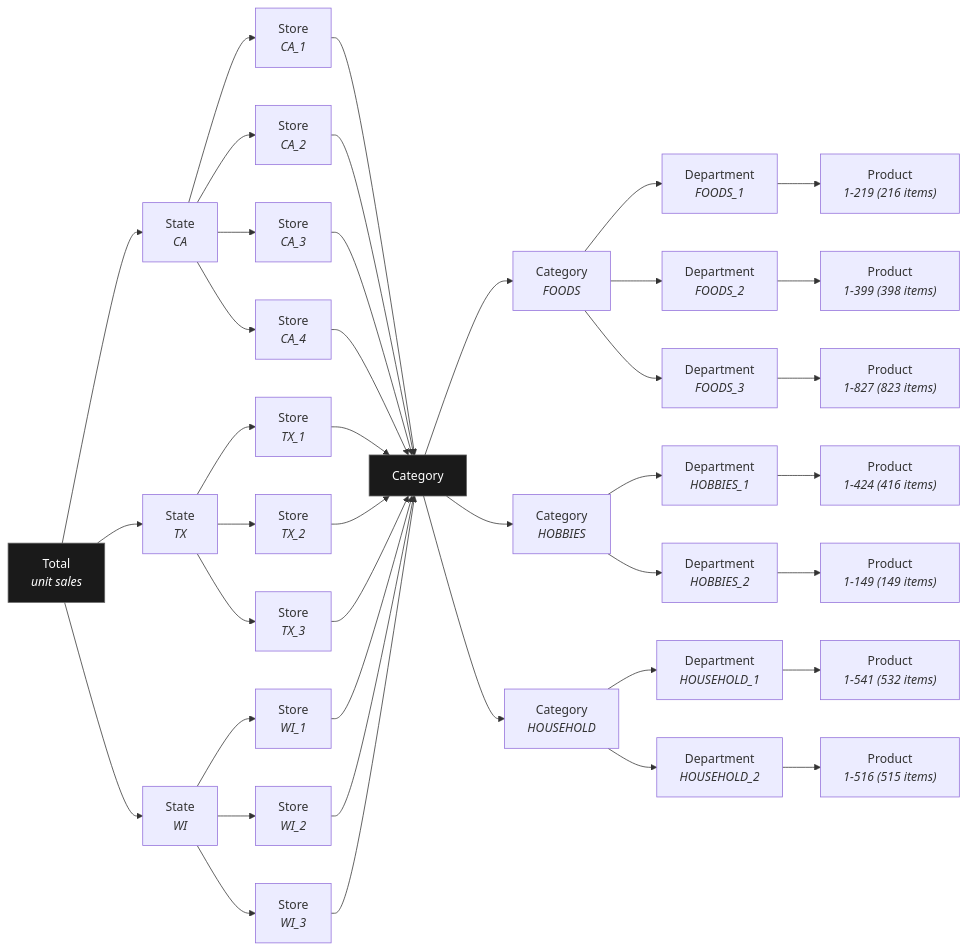
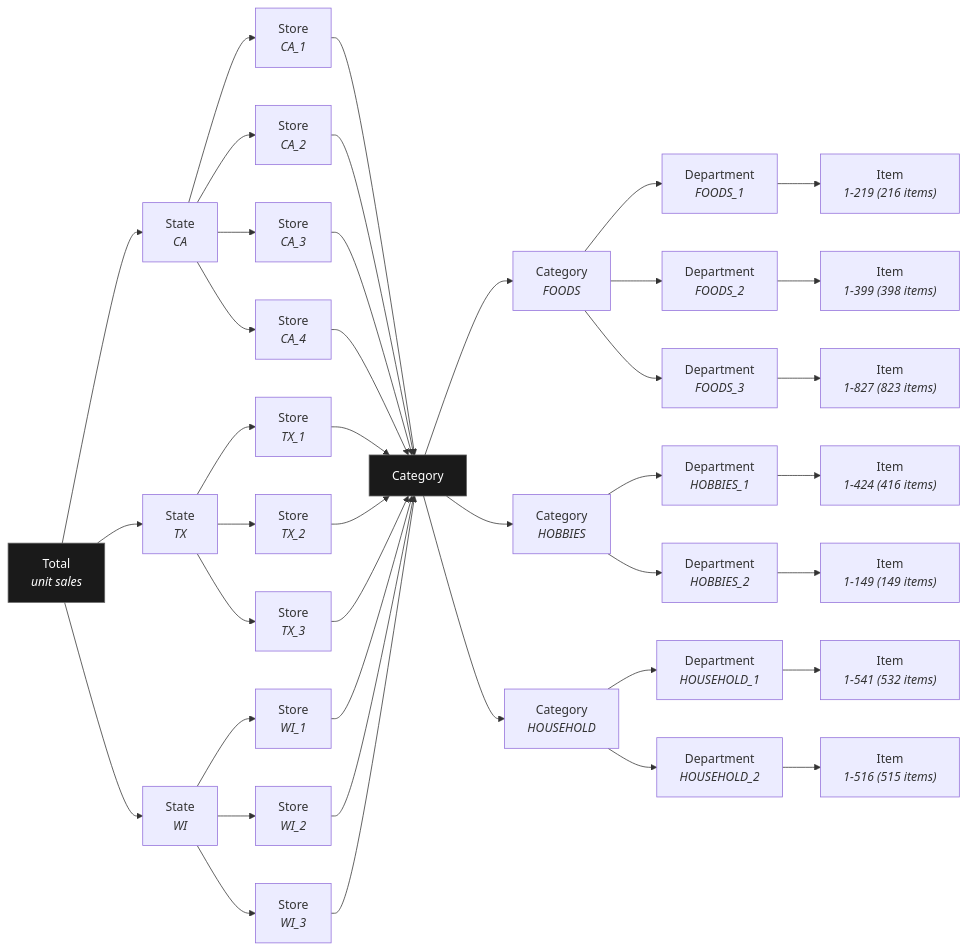
The diagram in docs/M5_jerarquia.mmd (njimenez94/forecast-tfm), drawn with Mermaid before and after one commit. The commit also changed 11 other files, not shown here.

```diff
--- a/docs/M5_jerarquia.mmd
+++ b/docs/M5_jerarquia.mmd
@@ -1,29 +1,29 @@
 flowchart LR
     Total["Total<br><i>unit sales</i>"] --> CA["State<br><i>CA</i>"] & TX["State<br><i>TX</i>"] & WI["State<br><i>WI</i>"]
     CA --> CA1["Store<br><i>CA_1</i>"] & CA2["Store<br><i>CA_2</i>"] & CA3["Store<br><i>CA_3</i>"] & CA4["Store<br><i>CA_4</i>"]
     TX --> TX1["Store<br><i>TX_1</i>"] & TX2["Store<br><i>TX_2</i>"] & TX3["Store<br><i>TX_3</i>"]
     WI --> WI1["Store<br><i>WI_1</i>"] & WI2["Store<br><i>WI_2</i>"] & WI3["Store<br><i>WI_3</i>"]
     CA1 --> Cat["Category"]
     CA2 --> Cat
     CA3 --> Cat
     CA4 --> Cat
     TX1 --> Cat
     TX2 --> Cat
     TX3 --> Cat
     WI1 --> Cat
     WI2 --> Cat
     WI3 --> Cat
     Cat --> FOODS["Category<br><i>FOODS</i>"] & HOBBIES["Category<br><i>HOBBIES</i>"] & HOUSEHOLD["Category<br><i>HOUSEHOLD</i>"]
     FOODS --> F1["Department<br><i>FOODS_1</i>"] & F2["Department<br><i>FOODS_2</i>"] & F3["Department<br><i>FOODS_3</i>"]
     HOBBIES --> H1["Department<br><i>HOBBIES_1</i>"] & H2["Department<br><i>HOBBIES_2</i>"]
     HOUSEHOLD --> HH1["Department<br><i>HOUSEHOLD_1</i>"] & HH2["Department<br><i>HOUSEHOLD_2</i>"]
-    F1 --> P5["Product<br><i>1-219 (216 items)</i>"]
-    F2 --> P6["Product<br><i>1-399 (398 items)</i>"]
-    F3 --> P7["Product<br><i>1-827 (823 items)</i>"]
-    H1 --> P1["Product<br><i>1-424 (416 items)</i>"]
-    H2 --> P2["Product<br><i>1-149 (149 items)</i>"]
-    HH1 --> P3["Product<br><i>1-541 (532 items)</i>"]
-    HH2 --> P4["Product<br><i>1-516 (515 items)</i>"]
+    F1 --> P5["Item<br><i>1-219 (216 items)</i>"]
+    F2 --> P6["Item<br><i>1-399 (398 items)</i>"]
+    F3 --> P7["Item<br><i>1-827 (823 items)</i>"]
+    H1 --> P1["Item<br><i>1-424 (416 items)</i>"]
+    H2 --> P2["Item<br><i>1-149 (149 items)</i>"]
+    HH1 --> P3["Item<br><i>1-541 (532 items)</i>"]
+    HH2 --> P4["Item<br><i>1-516 (515 items)</i>"]
 
     style Total fill:#1a1a1a,color:#fff,stroke:#666
     style Cat fill:#1a1a1a,color:#fff,stroke:#666
```
